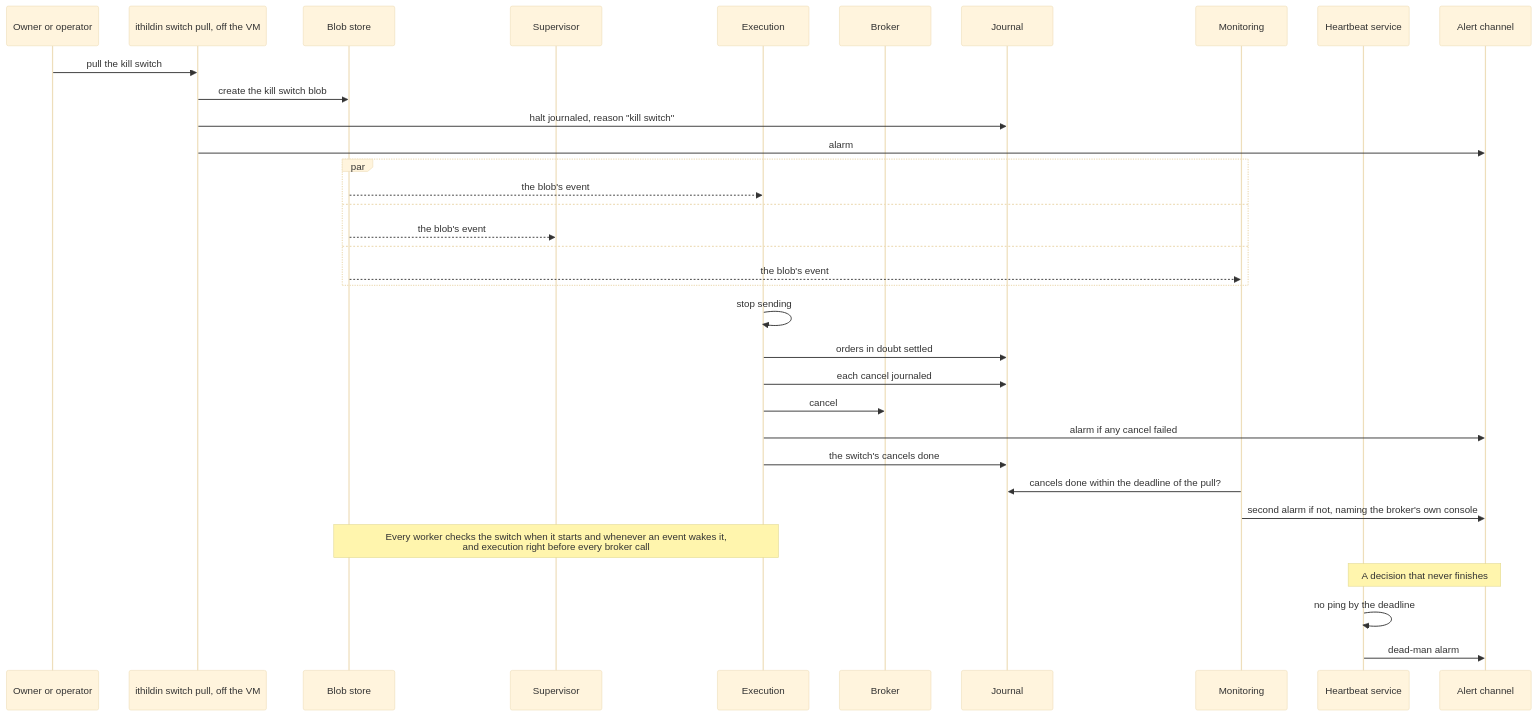
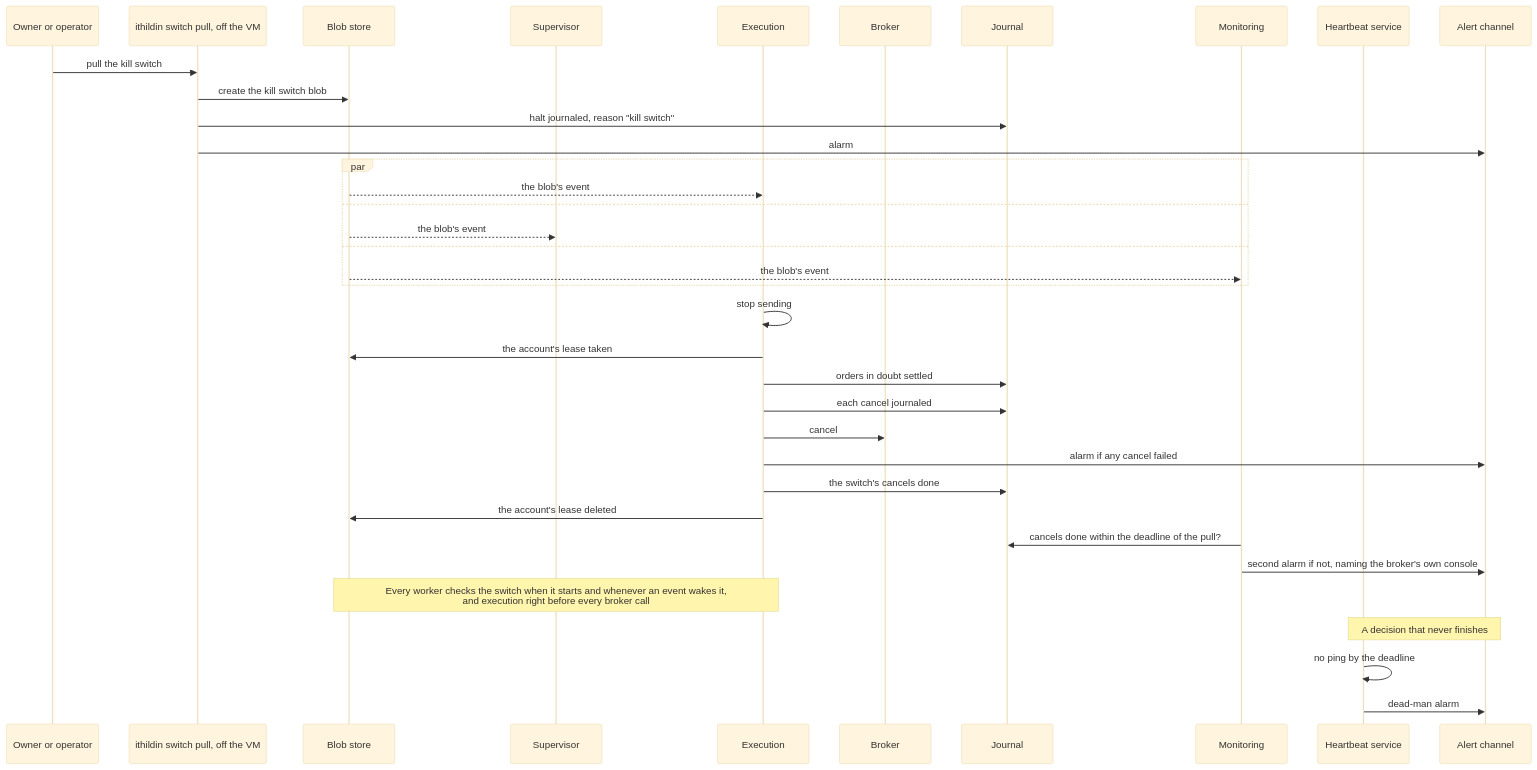
Before and after one commit to l3a0/ithildin-runtime: the ninth of 16 diagrams in docs/architecture.md, drawn with Mermaid (base theme). The commit also changed other lines of this file, not shown here.

First line of the commit message:
docs(architecture): apply the review's fixes to the day, the alarms and the commands

````diff
--- a/docs/architecture.md
+++ b/docs/architecture.md
@@ -850,38 +868,40 @@
 ```mermaid
 sequenceDiagram
     participant P as Owner or operator
     participant K as ithildin switch pull, off the VM
     participant F as Blob store
     participant V as Supervisor
     participant X as Execution
     participant B as Broker
     participant J as Journal
     participant M as Monitoring
     participant H as Heartbeat service
     participant A as Alert channel
 
     P->>K: pull the kill switch
     K->>F: create the kill switch blob
     K->>J: halt journaled, reason "kill switch"
     K->>A: alarm
     par
         F-->>X: the blob's event
     and
         F-->>V: the blob's event
     and
         F-->>M: the blob's event
     end
     X->>X: stop sending
+    X->>F: the account's lease taken
     X->>J: orders in doubt settled
     X->>J: each cancel journaled
     X->>B: cancel
     X->>A: alarm if any cancel failed
     X->>J: the switch's cancels done
+    X->>F: the account's lease deleted
     M->>J: cancels done within the deadline of the pull?
     M->>A: second alarm if not, naming the broker's own console
     Note over F,X: Every worker checks the switch when it starts and whenever an event wakes it,<br/>and execution right before every broker call
 
     Note over H,A: A decision that never finishes
     H->>H: no ping by the deadline
     H->>A: dead-man alarm
 ```
````
